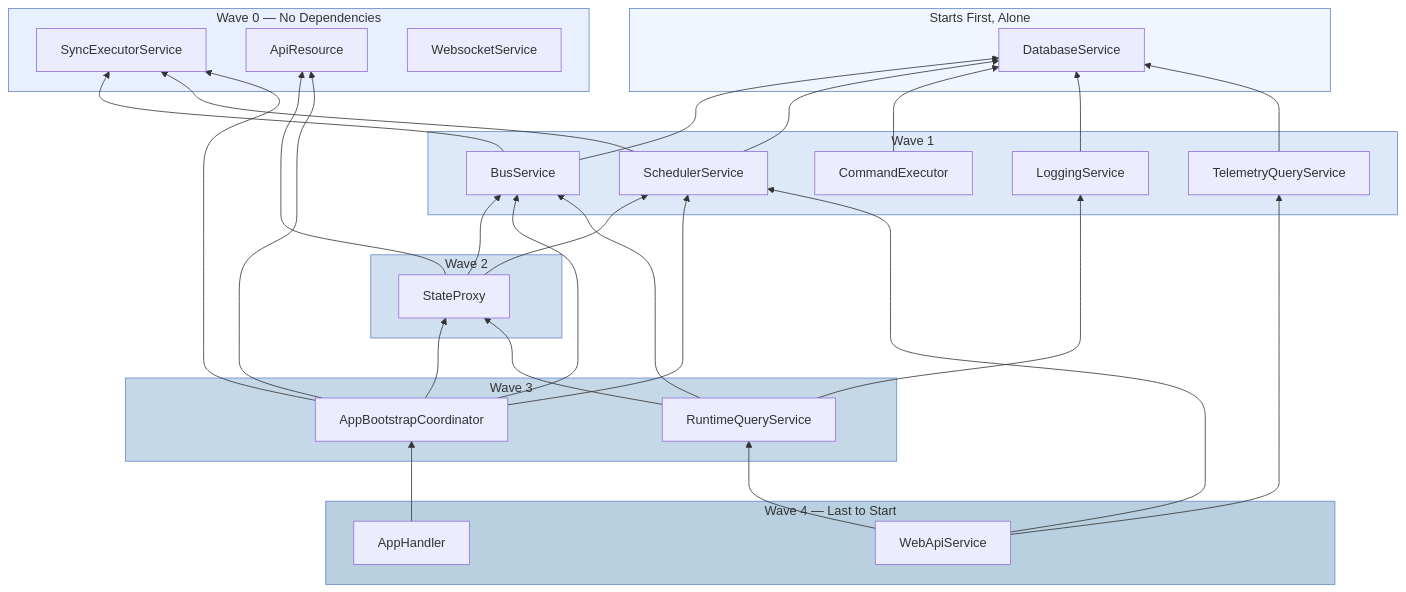
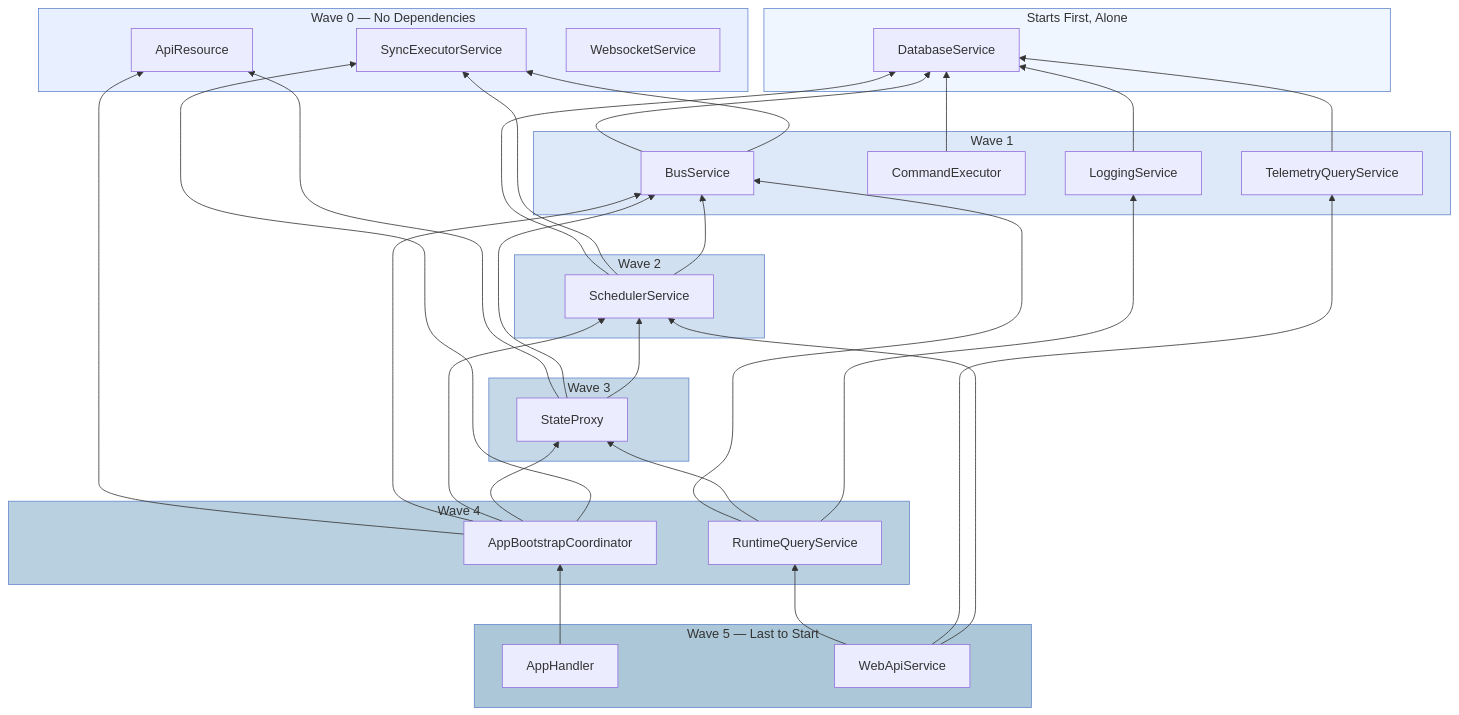
Before and after one commit to NodeJSmith/hassette: the second of 3 diagrams in docs/pages/core-concepts/internals/index.md, drawn with Mermaid. The commit also changed 1 other file, not shown here.

Commit message:
docs: correct startup wave numbering and the database wave's timeout
The internals dependency diagram now shows SchedulerService depending on
BusService, which puts it in its own wave and shifts the later waves by
one; the lifecycle page says the DatabaseService wave also gets the
migration timeout.

Claude-Session: https://claude.ai/code/session_01Dg5QKfMFmjm7PW5LdQubAc

````diff
--- a/docs/pages/core-concepts/internals/index.md
+++ b/docs/pages/core-concepts/internals/index.md
@@ -99,55 +99,59 @@
 ```mermaid
 graph BT
     accTitle: Service Dependency Graph
     accDescr: Wave-based startup order, DatabaseService alone at the top, then wave 0
 
     subgraph dbwave["Starts First, Alone"]
         DB[DatabaseService]
     end
 
     subgraph wave0["Wave 0 — No Dependencies"]
         SYNC[SyncExecutorService]
         API[ApiResource]
         WS[WebsocketService]
     end
 
     subgraph wave1["Wave 1"]
         BUS[BusService]
-        SCHED[SchedulerService]
         CMD[CommandExecutor]
         LOG[LoggingService]
         TQS[TelemetryQueryService]
     end
 
     subgraph wave2["Wave 2"]
+        SCHED[SchedulerService]
+    end
+
+    subgraph wave3["Wave 3"]
         SP[StateProxy]
     end
 
-    subgraph wave3["Wave 3"]
+    subgraph wave4["Wave 4"]
         ABC[AppBootstrapCoordinator]
         RQS[RuntimeQueryService]
     end
 
-    subgraph wave4["Wave 4 — Last to Start"]
+    subgraph wave5["Wave 5 — Last to Start"]
         AH[AppHandler]
         WEB[WebApiService]
     end
 
     BUS --> DB & SYNC
-    SCHED --> DB & SYNC
+    SCHED --> DB & SYNC & BUS
     CMD --> DB
     LOG --> DB
     TQS --> DB
     SP --> API & BUS & SCHED
     ABC --> API & BUS & SCHED & SP & SYNC
     RQS --> BUS & SP & LOG
     AH --> ABC
     WEB --> RQS & TQS & SCHED
 
     style dbwave fill:#f0f6ff,stroke:#6688cc
     style wave0 fill:#e8f0ff,stroke:#6688cc
     style wave1 fill:#dde8f8,stroke:#6688cc
     style wave2 fill:#d0e0f0,stroke:#6688cc
     style wave3 fill:#c4d8e8,stroke:#6688cc
     style wave4 fill:#b8d0e0,stroke:#6688cc
+    style wave5 fill:#acc8d8,stroke:#6688cc
 ```
````
